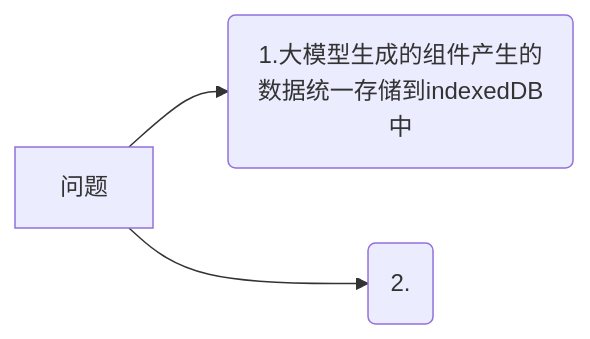
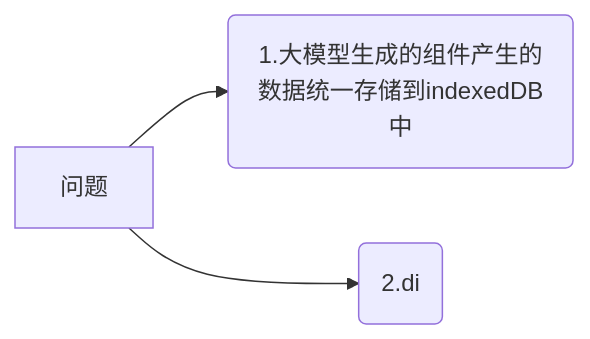
One commit to yingjianzh/iodraw-files changed the diagram in all/未命名-21.md. Above: the diagram before and after it, drawn with Mermaid.

Commit message:
2025-02-17 14:18:47 update

````diff
--- a/all/未命名-21.md
+++ b/all/未命名-21.md
@@ -1,7 +1,7 @@
 ```mermaid
 graph LR
     A[问题] -->B(1.大模型生成的组件产生的数据统一存储到indexedDB中)
-    A --> C(2.)
+    A --> C(2.di)
     
   
 ```
````
